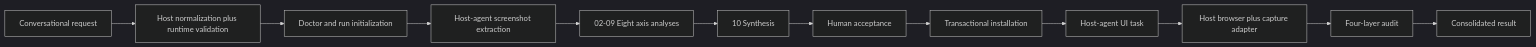
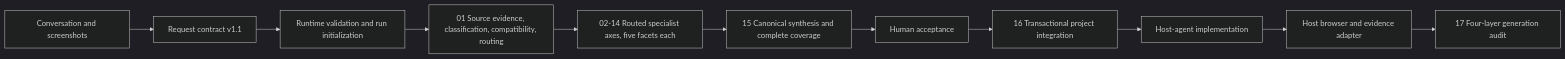
Before and after one commit to jude-bayiha/designome: the diagram in docs/architecture-and-methodology.md, drawn with Mermaid (dark theme). The commit also changed other lines of this file and 10 other files, not shown here.

````diff
--- a/docs/architecture-and-methodology.md
+++ b/docs/architecture-and-methodology.md
@@ -17,14 +18,13 @@
 ```mermaid
 flowchart LR
-    A["Conversational request"] --> B["Host normalization plus runtime validation"]
-    B --> C["Doctor and run initialization"]
-    C --> D["Host-agent screenshot extraction"]
-    D --> E["02-09 Eight axis analyses"]
-    E --> F["10 Synthesis"]
+    A["Conversation and screenshots"] --> B["Request contract v1.1"]
+    B --> C["Runtime validation and run initialization"]
+    C --> D["01 Source evidence, classification, compatibility, routing"]
+    D --> E["02-14 Routed specialist axes, five facets each"]
+    E --> F["15 Canonical synthesis and complete coverage"]
     F --> G["Human acceptance"]
-    G --> H["Transactional installation"]
-    H --> I["Host-agent UI task"]
-    I --> J["Host browser plus capture adapter"]
-    J --> K["Four-layer audit"]
-    K --> L["Consolidated result"]
+    G --> H["16 Transactional project integration"]
+    H --> I["Host-agent implementation"]
+    I --> J["Host browser and evidence adapter"]
+    J --> K["17 Four-layer generation audit"]
 ```
````
